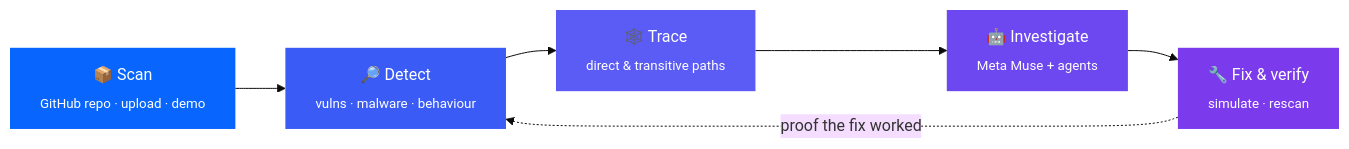
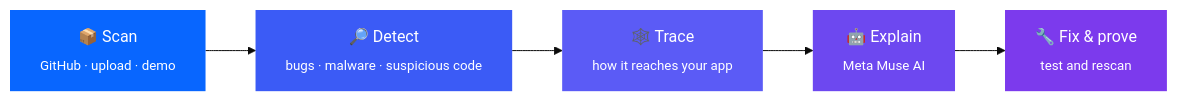
One commit to RaghavAror/TRACII_teamMOM_project changed the diagram in README.md. Above: the diagram before and after it, drawn with Mermaid (base theme). The commit also changed other lines of this file and 6 other files, not shown here.

````diff
--- a/README.md
+++ b/README.md
@@ -38,13 +44,12 @@
 ```mermaid
 flowchart LR
-    A["📦 Scan<br/><sub>GitHub repo · upload · demo</sub>"] --> B["🔎 Detect<br/><sub>vulns · malware · behaviour</sub>"]
-    B --> C["🕸️ Trace<br/><sub>direct & transitive paths</sub>"]
-    C --> D["🤖 Investigate<br/><sub>Meta Muse + agents</sub>"]
-    D --> E["🔧 Fix & verify<br/><sub>simulate · rescan</sub>"]
-    E -. "proof the fix worked" .-> B
+    A["📦 Scan<br/><sub>GitHub · upload · demo</sub>"] --> B["🔎 Detect<br/><sub>bugs · malware · suspicious code</sub>"]
+    B --> C["🕸️ Trace<br/><sub>how it reaches your app</sub>"]
+    C --> D["🤖 Explain<br/><sub>Meta Muse AI</sub>"]
+    D --> E["🔧 Fix & prove<br/><sub>test and rescan</sub>"]
     style A fill:#0866ff,color:#fff,stroke:none
     style B fill:#3b5bf6,color:#fff,stroke:none
     style C fill:#5b5bf6,color:#fff,stroke:none
     style D fill:#6d48f0,color:#fff,stroke:none
     style E fill:#7c3aed,color:#fff,stroke:none
 ```
````
